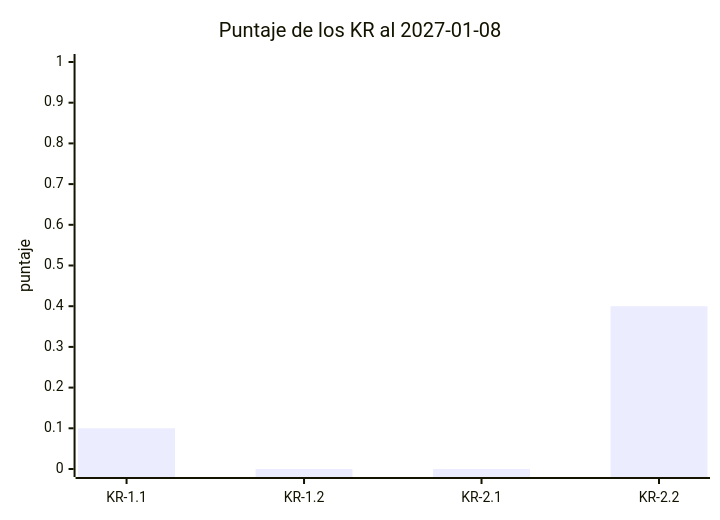
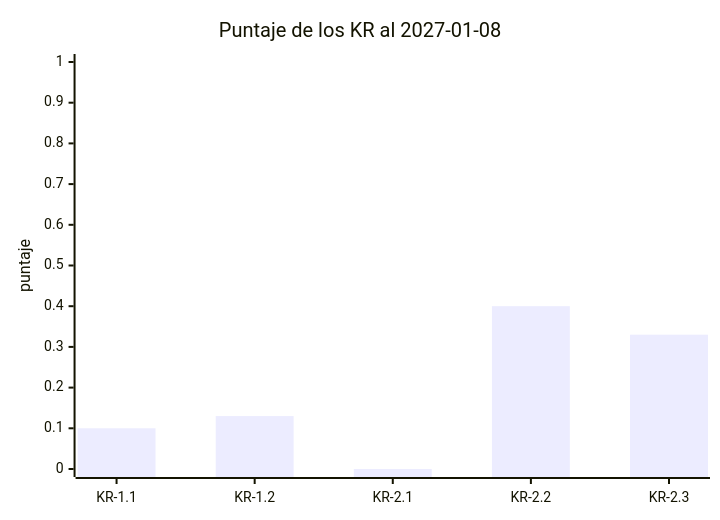
Before and after one commit to Arturo-Penas-Rial/pm-method: the fourth of 4 diagrams in docs/guias/E2E-3-interesados-okr-avance.md, drawn with Mermaid. The commit also changed other lines of this file and 144 other files, not shown here.

````diff
--- a/docs/guias/E2E-3-interesados-okr-avance.md
+++ b/docs/guias/E2E-3-interesados-okr-avance.md
@@ -292,7 +656,7 @@
 ```mermaid
 xychart-beta
     title "Puntaje de los KR al 2027-01-08"
-    x-axis ["KR-1.1", "KR-1.2", "KR-2.1", "KR-2.2"]
+    x-axis ["KR-1.1", "KR-1.2", "KR-2.1", "KR-2.2", "KR-2.3"]
     y-axis "puntaje" 0 --> 1
-    bar [0.10, 0.00, 0.00, 0.40]
+    bar [0.10, 0.13, 0.00, 0.40, 0.33]
 ```
````
